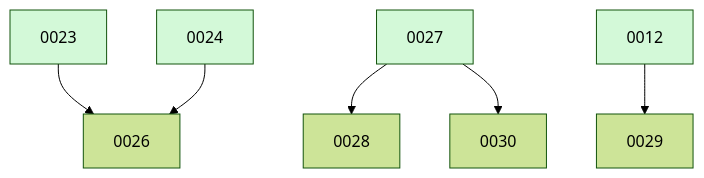
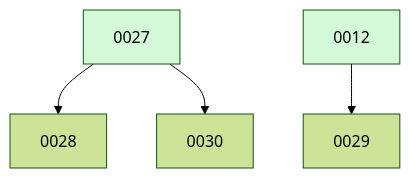
Before and after one commit to ethanhinson/fuse: the diagram in docs/changes/BOARD.md, drawn with Mermaid (forest theme). The commit also changed other lines of this file, not shown here.

````diff
--- a/docs/changes/BOARD.md
+++ b/docs/changes/BOARD.md
@@ -24,13 +18,9 @@
 ```mermaid
 graph TD
-  0023 --> 0026
-  0024 --> 0026
   0027 --> 0028
   0012 --> 0029
   0027 --> 0030
   0012:::done
-  0023:::done
-  0024:::done
   0027:::done
   classDef done fill:#d3f9d8;
 ```
````
